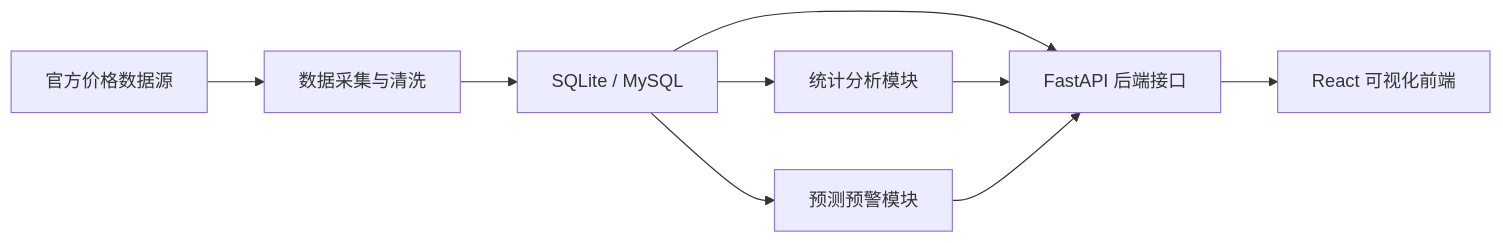
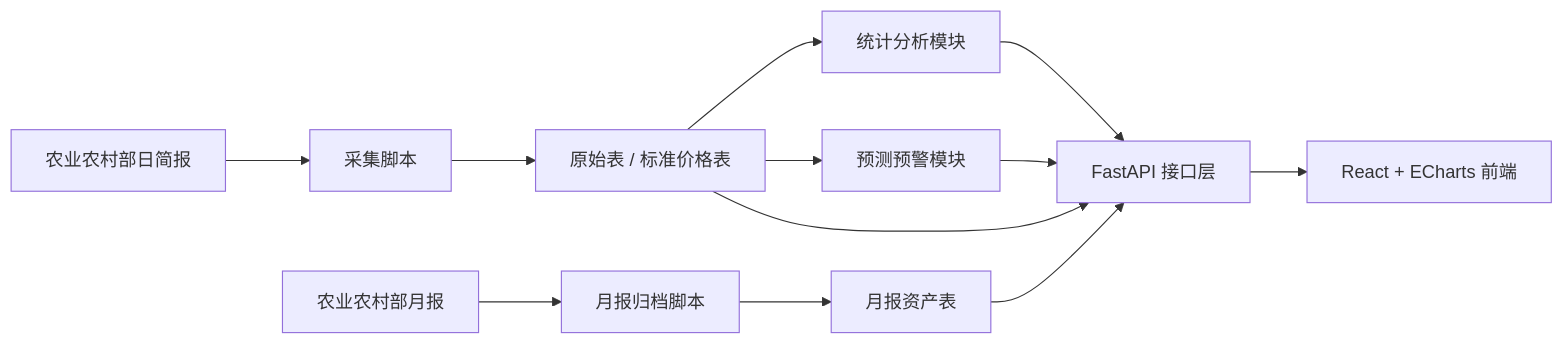
The diagram in README.md (huanghfzhufeng/agri-price-insight), drawn with Mermaid before and after one commit. The commit also changed other lines of this file and 15 other files, not shown here.

````diff
--- a/README.md
+++ b/README.md
@@ -71,11 +100,14 @@
 ```mermaid
 flowchart LR
-    A["官方价格数据源"] --> B["数据采集与清洗"]
-    B --> C["SQLite / MySQL"]
-    C --> D["FastAPI 后端接口"]
-    D --> E["React 可视化前端"]
-    C --> F["统计分析模块"]
-    C --> G["预测预警模块"]
-    F --> D
-    G --> D
+    A["农业农村部日简报"] --> B["采集脚本"]
+    A2["农业农村部月报"] --> B2["月报归档脚本"]
+    B --> C["原始表 / 标准价格表"]
+    B2 --> D["月报资产表"]
+    C --> E["统计分析模块"]
+    C --> F["预测预警模块"]
+    C --> G["FastAPI 接口层"]
+    D --> G
+    E --> G
+    F --> G
+    G --> H["React + ECharts 前端"]
 ```
````
